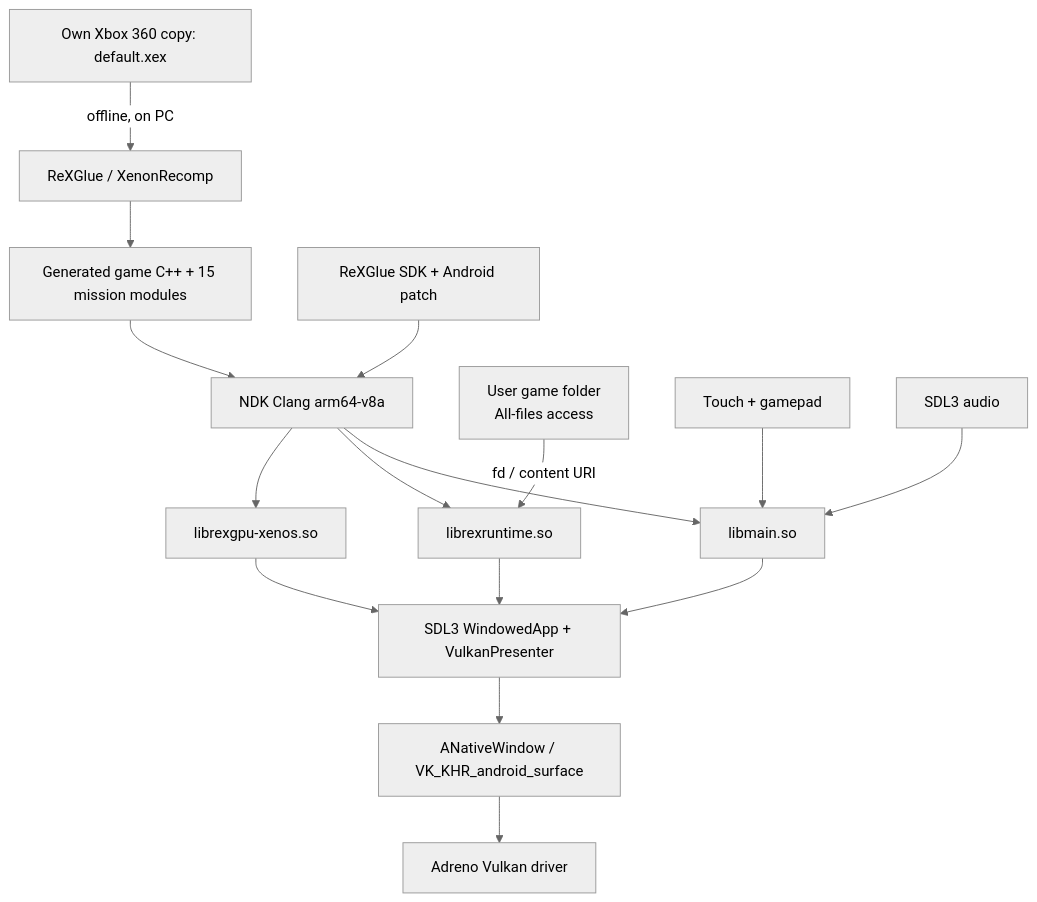
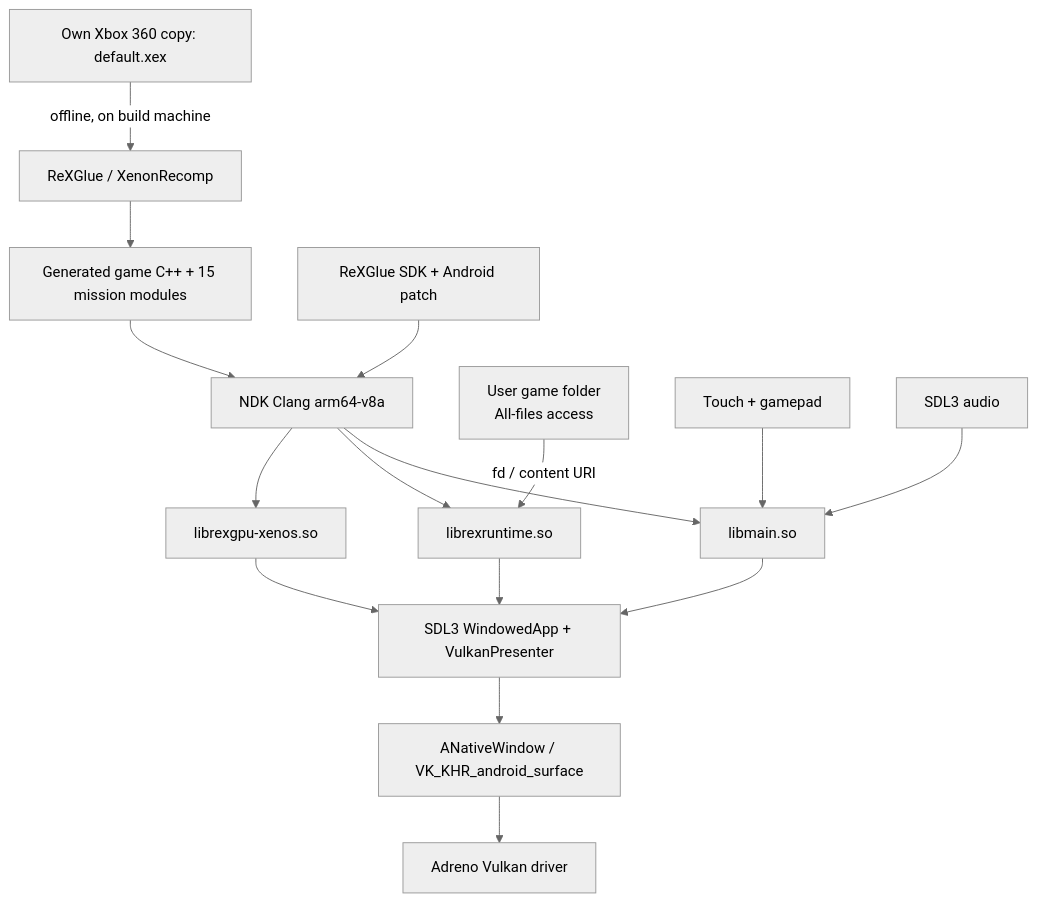
One commit to EvilNathan/cod3-android changed the diagram in README.md. Above: the diagram before and after it, drawn with Mermaid (neutral theme). The commit also changed other lines of this file and 1 other file, not shown here.

````diff
--- a/README.md
+++ b/README.md
@@ -104,18 +86,18 @@
 ```mermaid
 flowchart TD
-    A[Own Xbox 360 copy: default.xex] -->|offline, on PC| B[ReXGlue / XenonRecomp]
+    A[Own Xbox 360 copy: default.xex] -->|offline, on build machine| B[ReXGlue / XenonRecomp]
     B --> C[Generated game C++ + 15 mission modules]
     C --> D[NDK Clang arm64-v8a]
     E[ReXGlue SDK + Android patch] --> D
     D --> F[libmain.so]
     D --> G[librexruntime.so]
     D --> H[librexgpu-xenos.so]
     F --> I[SDL3 WindowedApp + VulkanPresenter]
     G --> I
     H --> I
     I --> J[ANativeWindow / VK_KHR_android_surface]
     J --> K[Adreno Vulkan driver]
     L[User game folder<br/>All-files access] -->|fd / content URI| G
     M[Touch + gamepad] --> F
     N[SDL3 audio] --> F
 ```
````
